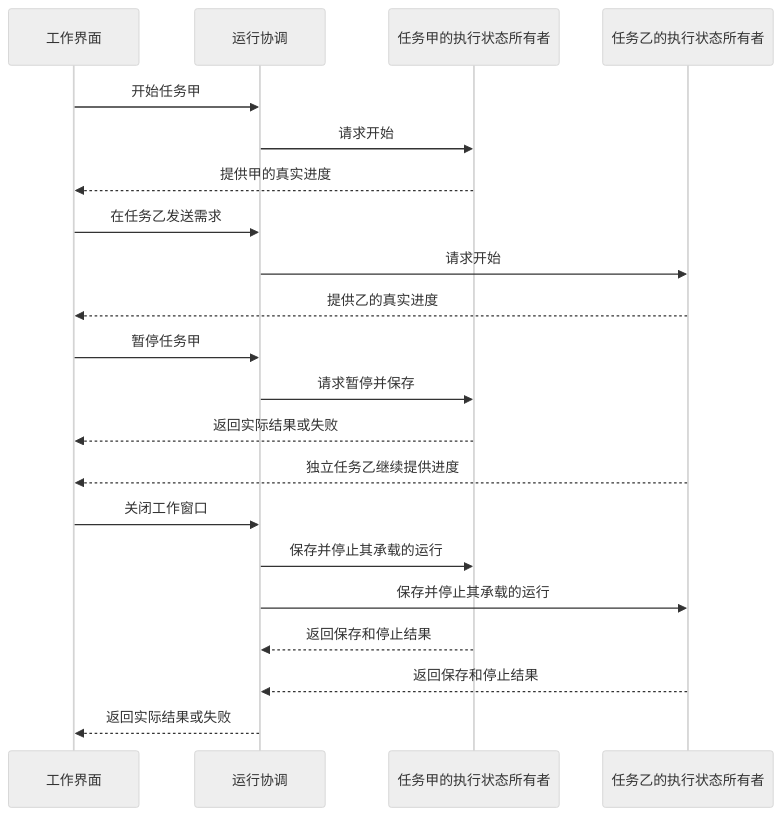
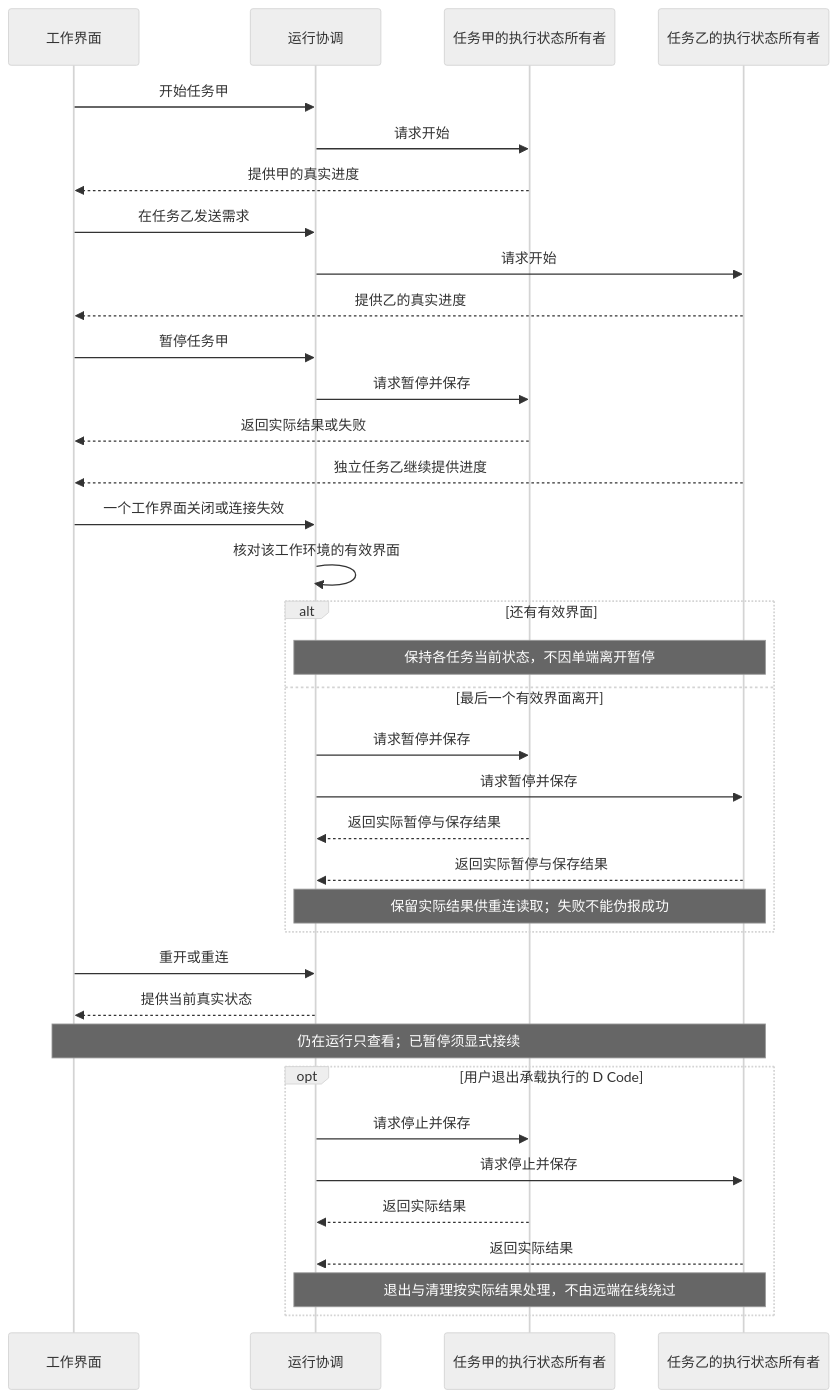
Before and after one commit to ssdiwu/dcode: the first of 2 diagrams in spec/任务暂停与恢复.md, drawn with Mermaid (neutral theme). The commit also changed other lines of this file and 313 other files, not shown here.

````diff
--- a/spec/任务暂停与恢复.md
+++ b/spec/任务暂停与恢复.md
@@ -26,23 +39,38 @@
 ```mermaid
 sequenceDiagram
     participant UI as 工作界面
     participant Coordinator as 运行协调
     participant A as 任务甲的执行状态所有者
     participant B as 任务乙的执行状态所有者
     UI->>Coordinator: 开始任务甲
     Coordinator->>A: 请求开始
     A-->>UI: 提供甲的真实进度
     UI->>Coordinator: 在任务乙发送需求
     Coordinator->>B: 请求开始
     B-->>UI: 提供乙的真实进度
     UI->>Coordinator: 暂停任务甲
     Coordinator->>A: 请求暂停并保存
     A-->>UI: 返回实际结果或失败
     B-->>UI: 独立任务乙继续提供进度
-    UI->>Coordinator: 关闭工作窗口
-    Coordinator->>A: 保存并停止其承载的运行
-    Coordinator->>B: 保存并停止其承载的运行
-    A-->>Coordinator: 返回保存和停止结果
-    B-->>Coordinator: 返回保存和停止结果
-    Coordinator-->>UI: 返回实际结果或失败
+    UI->>Coordinator: 一个工作界面关闭或连接失效
+    Coordinator->>Coordinator: 核对该工作环境的有效界面
+    alt 还有有效界面
+        Note over Coordinator,B: 保持各任务当前状态，不因单端离开暂停
+    else 最后一个有效界面离开
+        Coordinator->>A: 请求暂停并保存
+        Coordinator->>B: 请求暂停并保存
+        A-->>Coordinator: 返回实际暂停与保存结果
+        B-->>Coordinator: 返回实际暂停与保存结果
+        Note over Coordinator,B: 保留实际结果供重连读取；失败不能伪报成功
+    end
+    UI->>Coordinator: 重开或重连
+    Coordinator-->>UI: 提供当前真实状态
+    Note over UI,B: 仍在运行只查看；已暂停须显式接续
+    opt 用户退出承载执行的 D Code
+        Coordinator->>A: 请求停止并保存
+        Coordinator->>B: 请求停止并保存
+        A-->>Coordinator: 返回实际结果
+        B-->>Coordinator: 返回实际结果
+        Note over Coordinator,B: 退出与清理按实际结果处理，不由远端在线绕过
+    end
 ```
````
